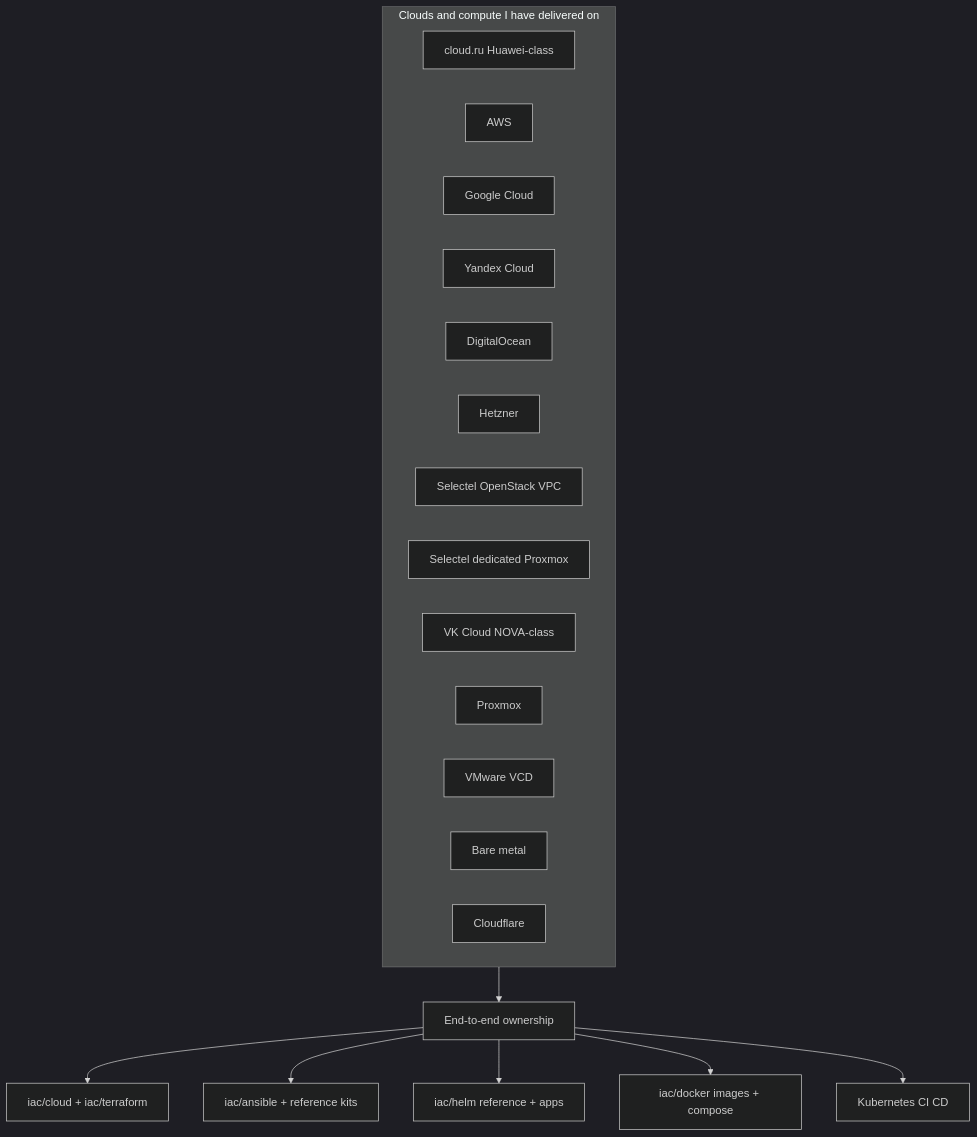
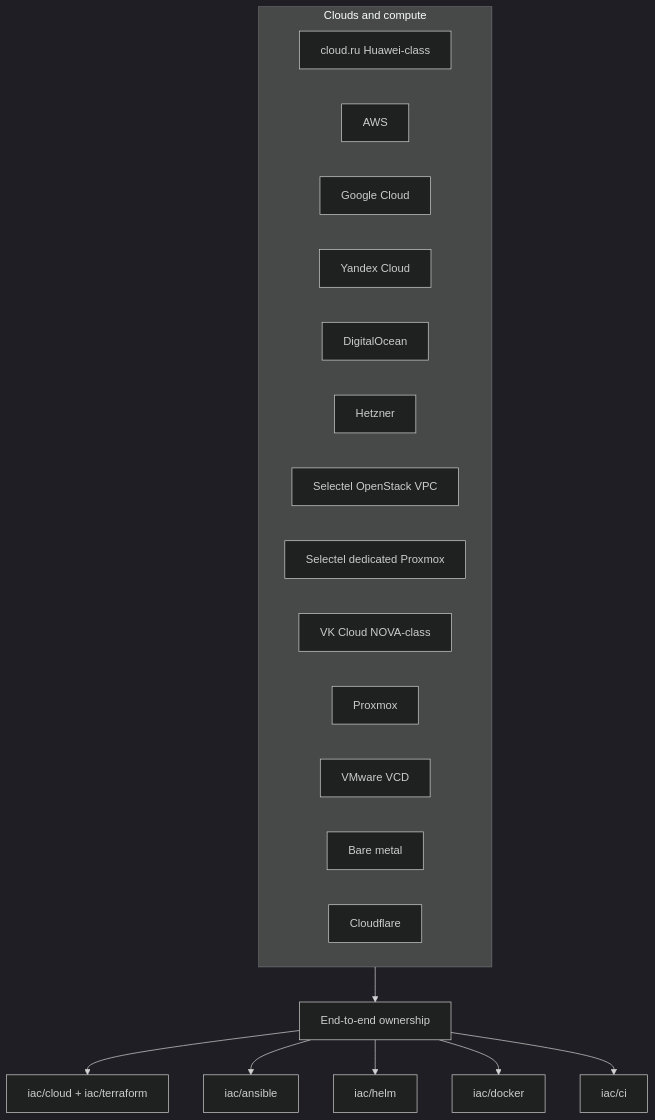
The diagram in README.md (NarberallGamma/narberall-platform-engineer-lab), drawn with Mermaid (dark theme) before and after one commit. The commit also changed other lines of this file and 26 other files, not shown here.

Commit message:
Make the public lab hunt-ready: shorter README, redacted chat ID, current diagrams.

````diff
--- a/README.md
+++ b/README.md
@@ -87,24 +53,24 @@
 ```mermaid
 flowchart TB
-  subgraph clouds [Clouds and compute I have delivered on]
+  subgraph clouds [Clouds and compute]
     CR[cloud.ru Huawei-class]
     AWS[AWS]
     GCP[Google Cloud]
     YC[Yandex Cloud]
     DO[DigitalOcean]
     HZ[Hetzner]
     OS[Selectel OpenStack VPC]
     SELD[Selectel dedicated Proxmox]
     VK[VK Cloud NOVA-class]
     PX[Proxmox]
     VM[VMware VCD]
     BM[Bare metal]
     CF[Cloudflare]
   end
   clouds --> Own[End-to-end ownership]
   Own --> IaC[iac/cloud + iac/terraform]
-  Own --> ANS[iac/ansible + reference kits]
-  Own --> Helm[iac/helm reference + apps]
-  Own --> Dock[iac/docker images + compose]
-  Own --> K8s[Kubernetes CI CD]
+  Own --> ANS[iac/ansible]
+  Own --> Helm[iac/helm]
+  Own --> Dock[iac/docker]
+  Own --> CI[iac/ci]
 ```
````
